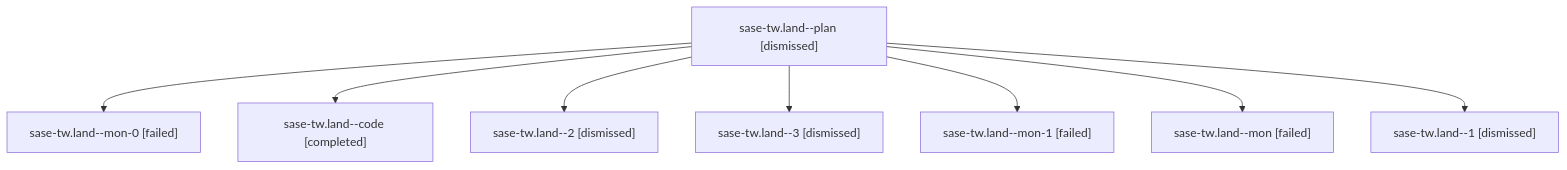
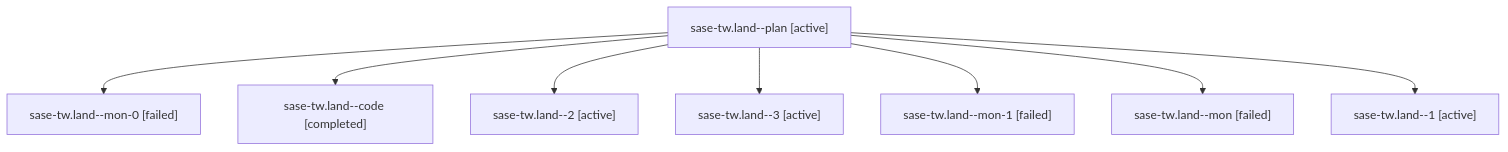
The diagram in families/bbugyi200.athena.sase-tw.land.md (sase-org/sase--agents), drawn with Mermaid before and after one commit. The commit also changed other lines of this file and 35830 other files, not shown here.

````diff
--- a/families/bbugyi200.athena.sase-tw.land.md
+++ b/families/bbugyi200.athena.sase-tw.land.md
@@ -9,18 +9,18 @@
 ```mermaid
 flowchart TD
-  n0["sase-tw.land--plan [dismissed]"]
+  n0["sase-tw.land--plan [active]"]
   n1["sase-tw.land--mon-0 [failed]"]
   n0 --> n1
   n2["sase-tw.land--code [completed]"]
   n0 --> n2
-  n3["sase-tw.land--2 [dismissed]"]
+  n3["sase-tw.land--2 [active]"]
   n0 --> n3
-  n4["sase-tw.land--3 [dismissed]"]
+  n4["sase-tw.land--3 [active]"]
   n0 --> n4
   n5["sase-tw.land--mon-1 [failed]"]
   n0 --> n5
   n6["sase-tw.land--mon [failed]"]
   n0 --> n6
-  n7["sase-tw.land--1 [dismissed]"]
+  n7["sase-tw.land--1 [active]"]
   n0 --> n7
 ```
````
